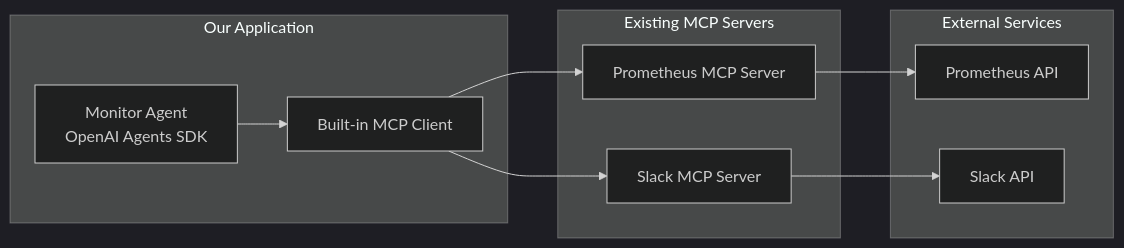
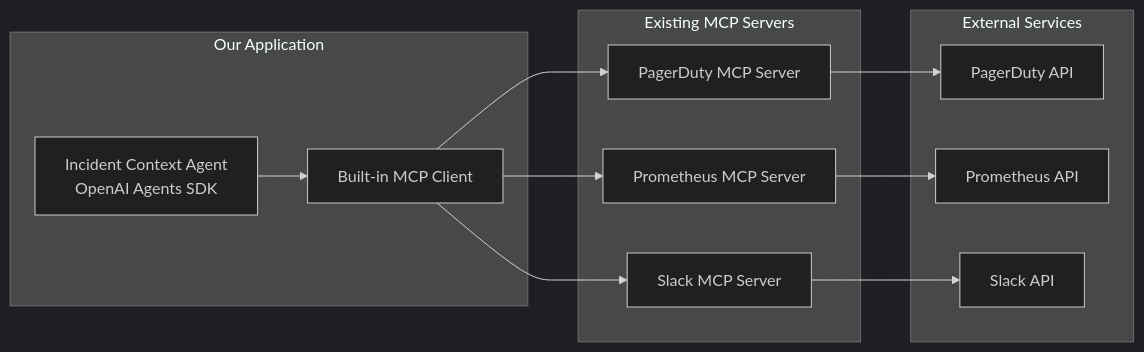
The first of 9 diagrams in docs/abnormality-detection-agent-plan.md (tuannvm/varuna), drawn with Mermaid (dark theme) before and after one commit. The commit also changed other lines of this file and 2 other files, not shown here.

````diff
--- a/docs/abnormality-detection-agent-plan.md
+++ b/docs/abnormality-detection-agent-plan.md
@@ -18,23 +19,27 @@
 ```mermaid
 graph LR
     subgraph "Our Application"
-        AGENT[Monitor Agent<br/>OpenAI Agents SDK]
+        AGENT[Incident Context Agent<br/>OpenAI Agents SDK]
         MCP_CLIENT[Built-in MCP Client]
     end
     
     subgraph "Existing MCP Servers"
+        PD_MCP[PagerDuty MCP Server]
         PROM_MCP[Prometheus MCP Server]
         SLACK_MCP[Slack MCP Server]
     end
     
     subgraph "External Services"
+        PAGERDUTY[PagerDuty API]
         PROM[Prometheus API]
         SLACK[Slack API]
     end
     
     AGENT --> MCP_CLIENT
+    MCP_CLIENT --> PD_MCP
     MCP_CLIENT --> PROM_MCP
     MCP_CLIENT --> SLACK_MCP
+    PD_MCP --> PAGERDUTY
     PROM_MCP --> PROM
     SLACK_MCP --> SLACK
 ```
````
